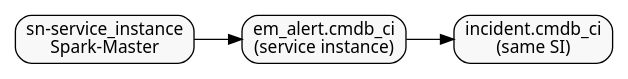
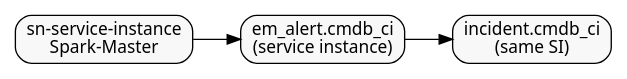
Before and after one commit to gxbrooks/spark-observability: the fourth of 6 diagrams in servicenow/docs/Log_to_Incident/Log_to_Incident.adoc, drawn with Graphviz. The commit also changed other lines of this file and 16 other files, not shown here.

```diff
--- a/servicenow/docs/Log_to_Incident/Log_to_Incident.adoc
+++ b/servicenow/docs/Log_to_Incident/Log_to_Incident.adoc
@@ -2425,14 +2933,14 @@
 [graphviz, Incident_Application_Service_correlation_Service_Side]
 ----
 digraph incident_correlation {
   graph [rankdir=LR splines=true nodesep=0.5 fontname="Noto Sans" fontsize=14]
   node [shape=box style="rounded,filled" fillcolor="#f8f8f8" fontname="Noto Sans" fontsize=13]
   edge [fontname="Noto Sans" fontsize=12]
 
-  STAMP [label="sn-service_instance\nSpark-Master"]
+  STAMP [label="sn-service-instance\nSpark-Master"]
   ALERT [label="em_alert.cmdb_ci\n(service instance)"]
   INC [label="incident.cmdb_ci\n(same SI)"]
 
   STAMP -> ALERT -> INC
 }
 ----
```
